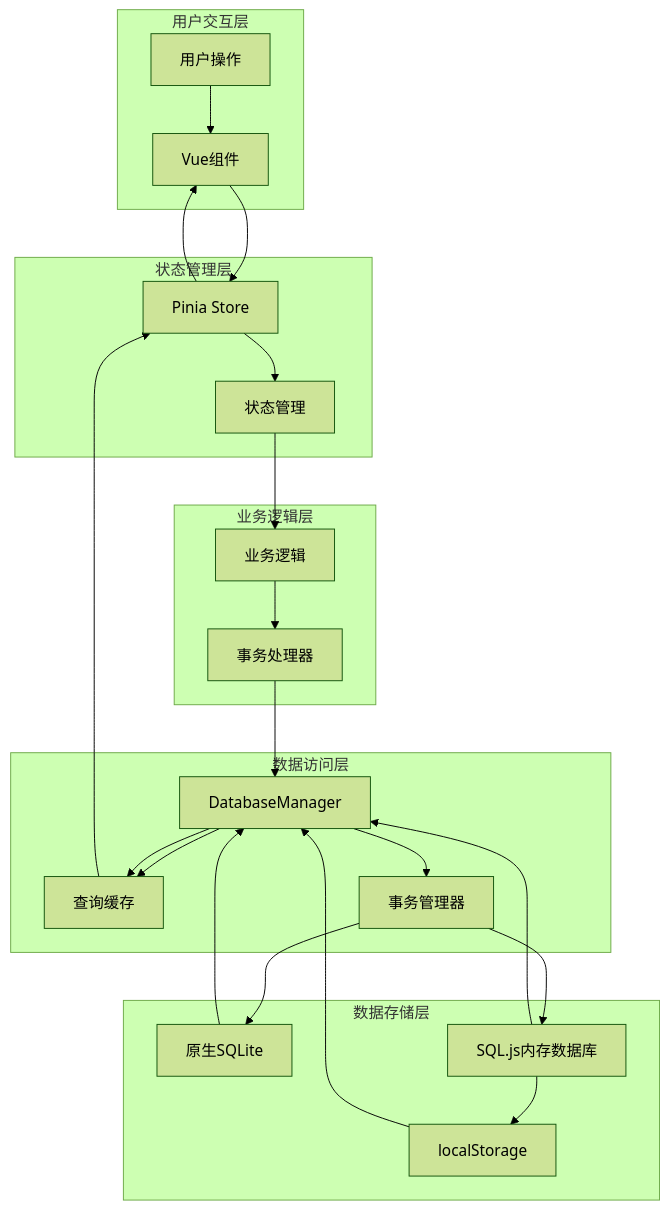
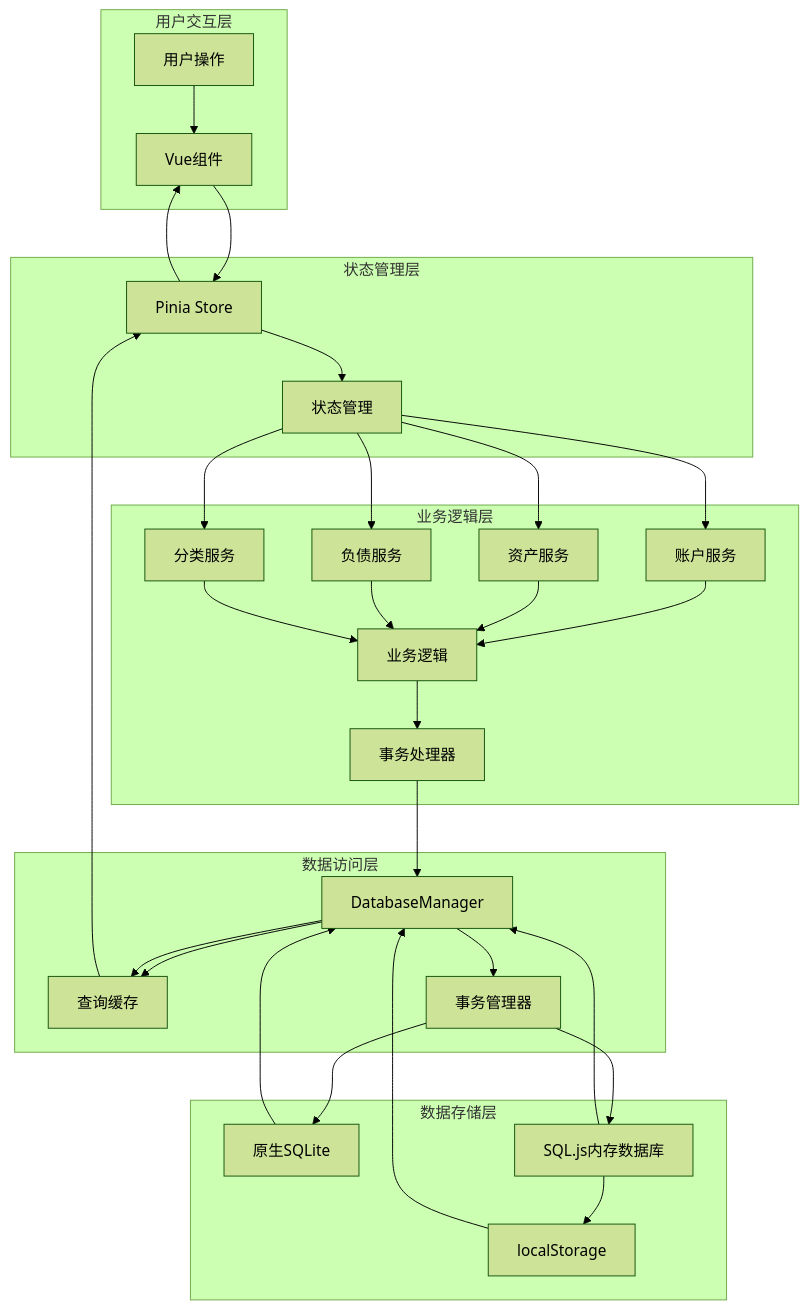
One commit to xiao-lin-unit/yuan changed diagram 15 of 15 in .qoder/repowiki/zh/content/架构设计/数据层架构设计.md. Above: the diagram before and after it, drawn with Mermaid (forest theme). The commit also changed other lines of this file and 21 other files, not shown here.

````diff
--- a/.qoder/repowiki/zh/content/架构设计/数据层架构设计.md
+++ b/.qoder/repowiki/zh/content/架构设计/数据层架构设计.md
@@ -495,42 +695,53 @@
 ```mermaid
 graph TB
 subgraph "用户交互层"
 User[用户操作]
 UIComponents[Vue组件]
 end
 subgraph "状态管理层"
 PiniaStore[Pinia Store]
 StateManagement[状态管理]
 end
 subgraph "业务逻辑层"
+AccountService[账户服务]
+AssetService[资产服务]
+LiabilityService[负债服务]
+CategoryService[分类服务]
 BusinessLogic[业务逻辑]
 TransactionHandler[事务处理器]
 end
 subgraph "数据访问层"
 DatabaseManager[DatabaseManager]
 QueryCache[查询缓存]
 TransactionManager[事务管理器]
 end
 subgraph "数据存储层"
 NativeDB[原生SQLite]
 MemoryDB[SQL.js内存数据库]
 LocalStorage[localStorage]
 end
 User --> UIComponents
 UIComponents --> PiniaStore
 PiniaStore --> StateManagement
-StateManagement --> BusinessLogic
+StateManagement --> AccountService
+StateManagement --> AssetService
+StateManagement --> LiabilityService
+StateManagement --> CategoryService
+AccountService --> BusinessLogic
+AssetService --> BusinessLogic
+LiabilityService --> BusinessLogic
+CategoryService --> BusinessLogic
 BusinessLogic --> TransactionHandler
 TransactionHandler --> DatabaseManager
 DatabaseManager --> QueryCache
 DatabaseManager --> TransactionManager
 TransactionManager --> NativeDB
 TransactionManager --> MemoryDB
 MemoryDB --> LocalStorage
 NativeDB --> DatabaseManager
 MemoryDB --> DatabaseManager
 LocalStorage --> DatabaseManager
 DatabaseManager --> QueryCache
 QueryCache --> PiniaStore
 PiniaStore --> UIComponents
 ```
````
